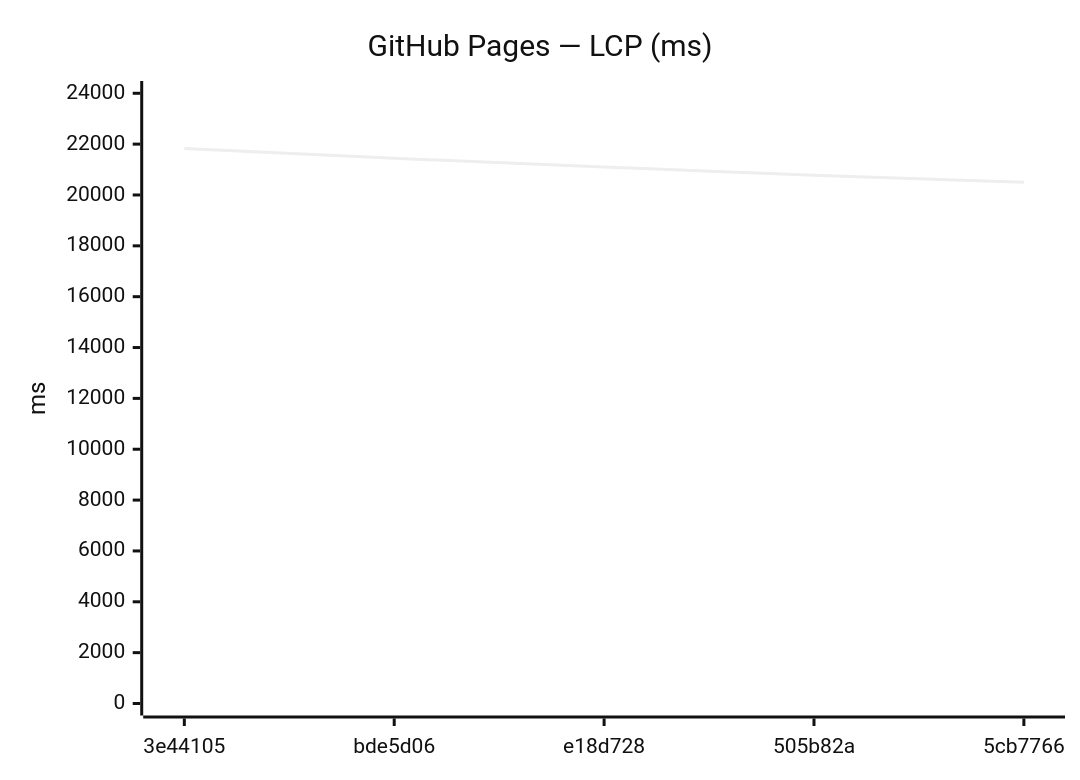
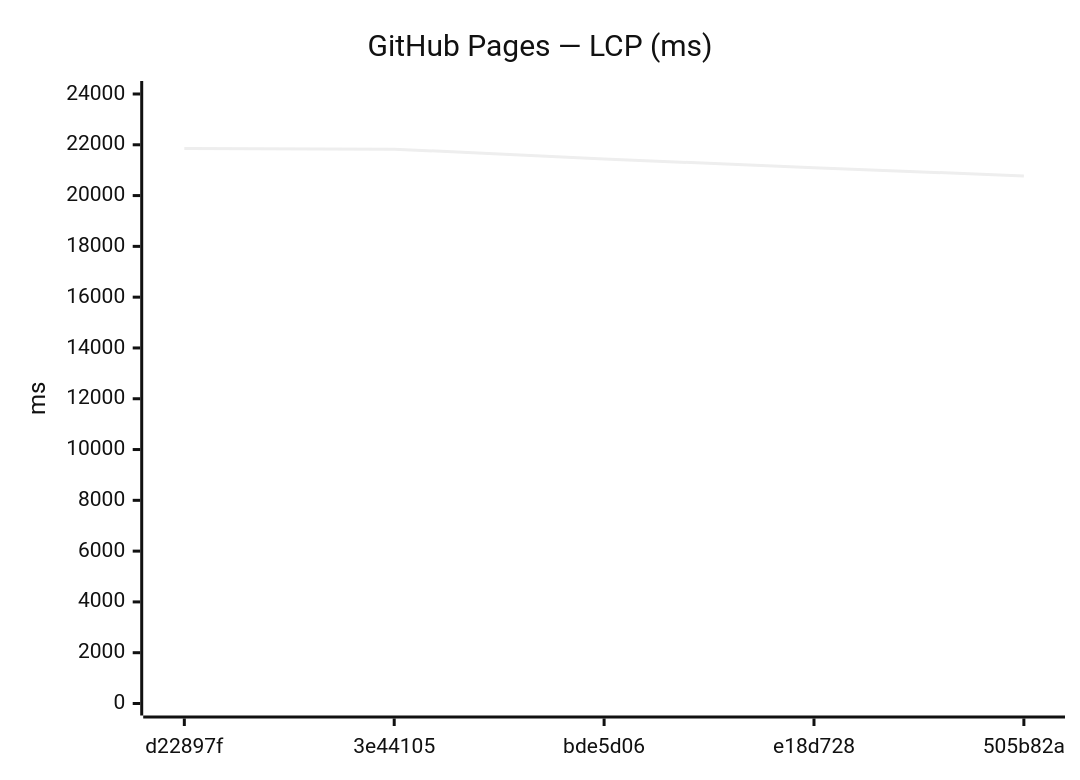
The ninth of 18 diagrams in benchmarks/compare.md (Metaheurist/Rianell), drawn with Mermaid (neutral theme) before and after one commit. The commit also changed other lines of this file and 11 other files, not shown here.

````diff
--- a/benchmarks/compare.md
+++ b/benchmarks/compare.md
@@ -142,7 +142,7 @@
 ```mermaid
 xychart-beta
     title "GitHub Pages — LCP (ms)"
-    x-axis ["3e44105", "bde5d06", "e18d728", "505b82a", "5cb7766"]
-    y-axis "ms" 0 --> 24011
-    line [21828, 21442, 21100, 20773, 20501]
+    x-axis ["d22897f", "3e44105", "bde5d06", "e18d728", "505b82a"]
+    y-axis "ms" 0 --> 24039
+    line [21853, 21828, 21442, 21100, 20773]
 ```
````
